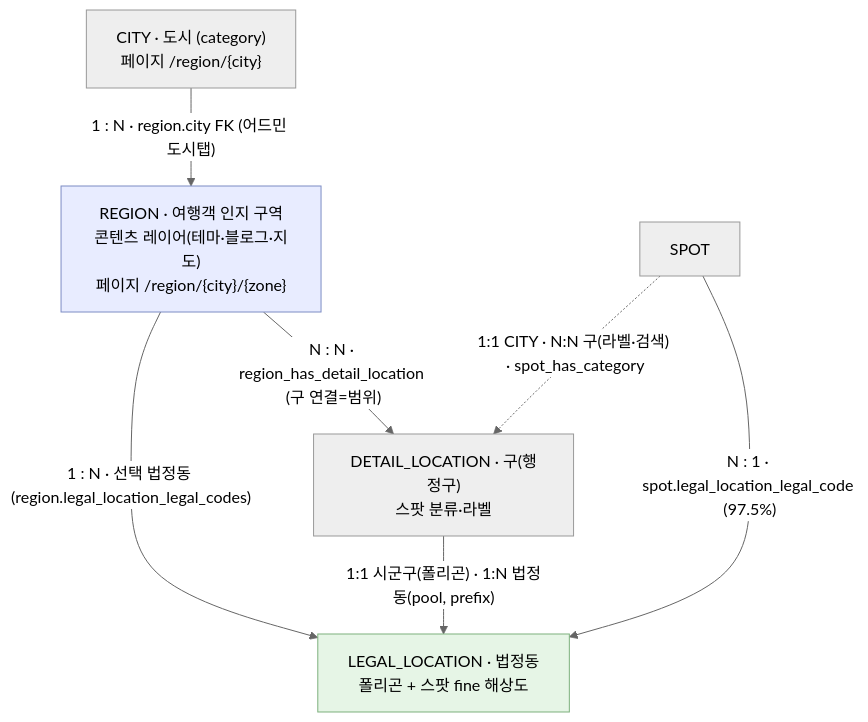
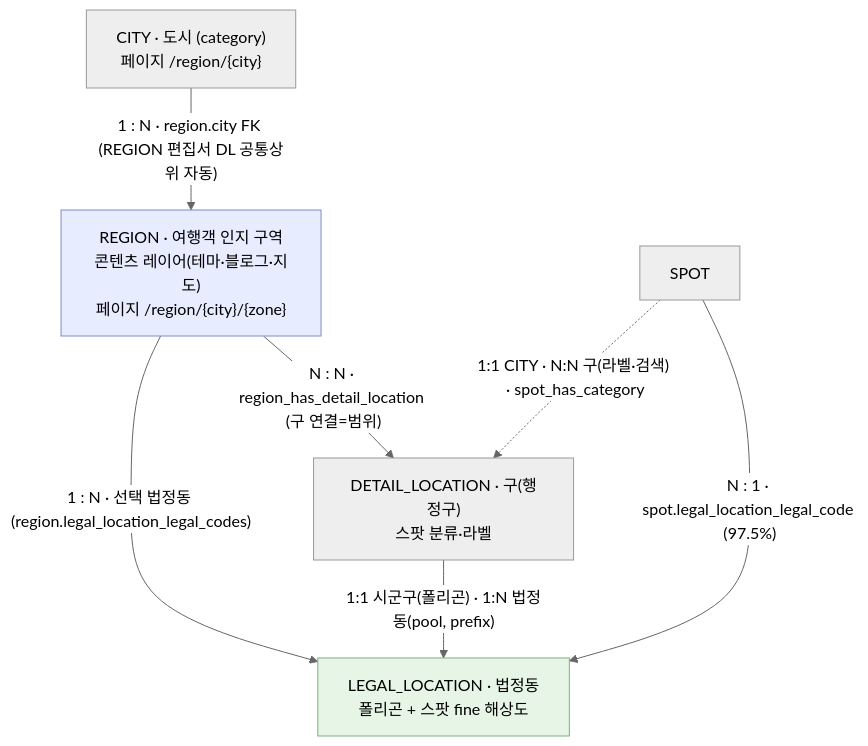
One commit to ssuyeonC/context changed the diagram in outputs/plans/[260701] region-domain-improvement-master.md. Above: the diagram before and after it, drawn with Mermaid (neutral theme). The commit also changed other lines of this file and 1 other file, not shown here.

First line of the commit message:
docs: REGION→CITY 연결은 REGION 편집서 DL 공통상위로 자동 도출로 정정 (도시탭 수동배선 폐기 — A모델 잔재)

````diff
--- a/outputs/plans/[260701] region-domain-improvement-master.md
+++ b/outputs/plans/[260701] region-domain-improvement-master.md
@@ -65,20 +65,20 @@
 ```mermaid
 flowchart TD
     CITY["CITY · 도시 (category)<br/>페이지 /region/{city}"]
     REGION["REGION · 여행객 인지 구역<br/>콘텐츠 레이어(테마·블로그·지도)<br/>페이지 /region/{city}/{zone}"]
     DL["DETAIL_LOCATION · 구(행정구)<br/>스팟 분류·라벨"]
     LEGAL["LEGAL_LOCATION · 법정동<br/>폴리곤 + 스팟 fine 해상도"]
     SPOT["SPOT"]
 
-    CITY -->|"1 : N · region.city FK (어드민 도시탭)"| REGION
+    CITY -->|"1 : N · region.city FK (REGION 편집서 DL 공통상위 자동)"| REGION
     REGION -->|"N : N · region_has_detail_location (구 연결=범위)"| DL
     REGION -->|"1 : N · 선택 법정동 (region.legal_location_legal_codes)"| LEGAL
     DL -->|"1:1 시군구(폴리곤) · 1:N 법정동(pool, prefix)"| LEGAL
     SPOT -->|"N : 1 · spot.legal_location_legal_code (97.5%)"| LEGAL
     SPOT -.->|"1:1 CITY · N:N 구(라벨·검색) · spot_has_category"| DL
 
     classDef content fill:#e8ecff,stroke:#7d8cc4
     classDef geo fill:#e6f5e6,stroke:#7db07d
     class REGION content
     class LEGAL geo
 ```
````
